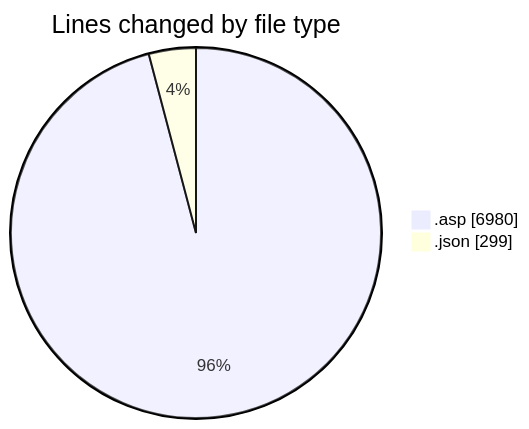
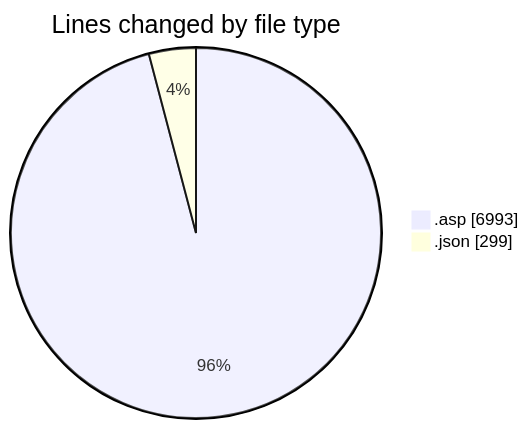
Before and after one commit to julien-gomy/code-tracking: the first of 2 diagrams in 2025-11-15/usr_aleoudev_fr__workspace_/README.md, drawn with Mermaid. The commit also changed other lines of this file and 1 other file, not shown here.

````diff
--- a/2025-11-15/usr_aleoudev_fr__workspace_/README.md
+++ b/2025-11-15/usr_aleoudev_fr__workspace_/README.md
@@ -26,6 +26,6 @@
 ```mermaid
 pie showData
 title Lines changed by file type
-".asp" : 6980
+".asp" : 6993
 ".json" : 299
 ```
````
